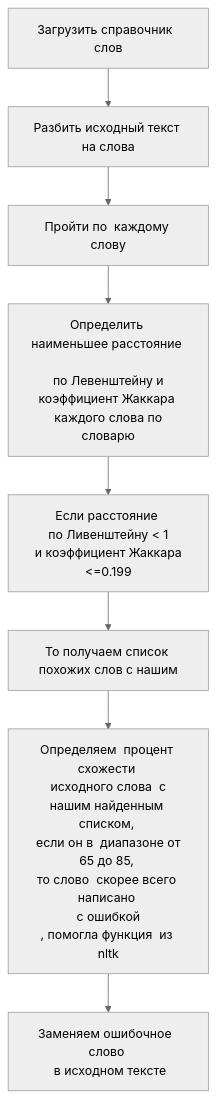
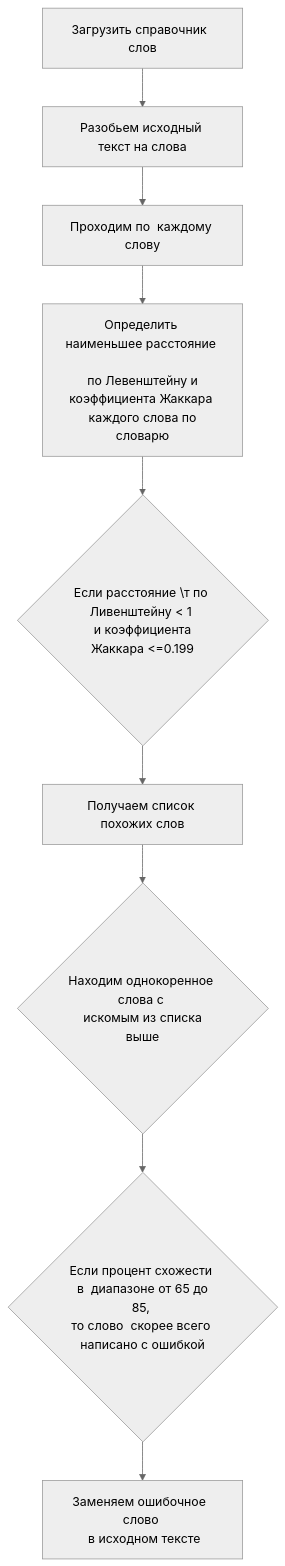
Before and after one commit to Barolina/search_spelling_errors: the diagram in README.MD, drawn with Mermaid (neutral theme). The commit also changed other lines of this file, not shown here.

````diff
--- a/README.MD
+++ b/README.MD
@@ -23,20 +23,22 @@
 ```mermaid
 flowchart TB
 	A[Загрузить справочник  слов]
-	B[Разбить исходный текст на слова]
-	C[Пройти по  каждому слову]		
-	M[Определить наименьшее расстояние  \n по Левенштейну и коэффициент Жаккара \n каждого слова по словарю]
-	D[Если расстояние \n по Ливенштейну < 1 \n и коэффициент Жаккара <=0.199]
-	H[То получаем список похожих слов с нашим]	
-	K[Определяем  процент схожести \n исходного слова  с нашим найденным списком, \n если он в  диапазоне от 65 до 85, \n то слово  скорее всего  написано \n с ошибкой \n, помогла функция  из nltk]
+	B[Разобьем исходный текст на слова]
+	C[Проходим по  каждому слову]		
+	M[Определить наименьшее расстояние  \n по Левенштейну и коэффициента Жаккара \n каждого слова по словарю]
+	D{Если расстояние \т по Ливенштейну < 1 \n и коэффициента Жаккара <=0.199}
+	H[Получаем список похожих слов]
+	J{Находим однокоренное слова с \n искомым из списка выше}
+	K{Если процент схожести \n в  диапазоне от 65 до 85, \n то слово  скорее всего  написано с ошибкой}
 	L[Заменяем ошибочное  слово \n в исходном тексте]
 	A --> B
 	B --> C	 	
 	C --> M	
 	M --> D
 	D --> H	
-	H --> K	
+	H --> J
+	J --> K	
 	K --> L
 	
 
 ```
````
